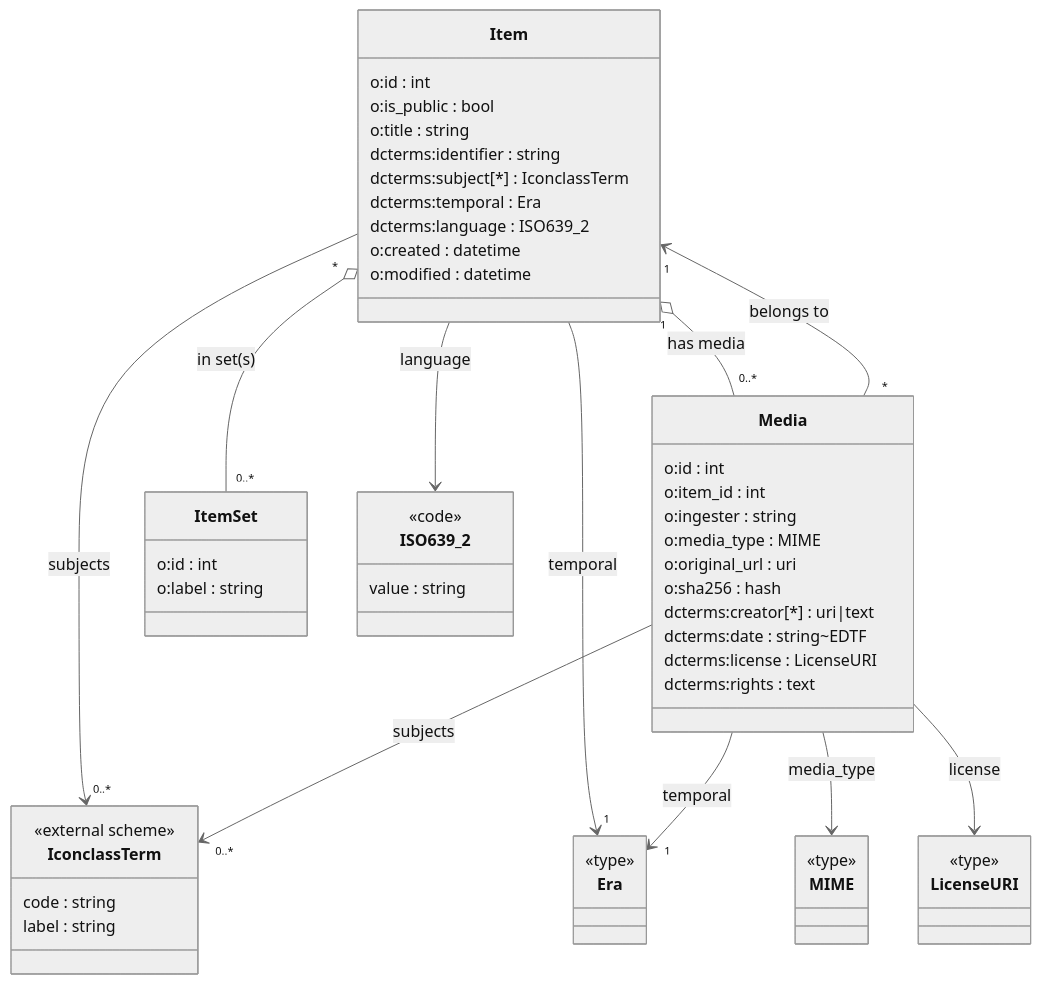
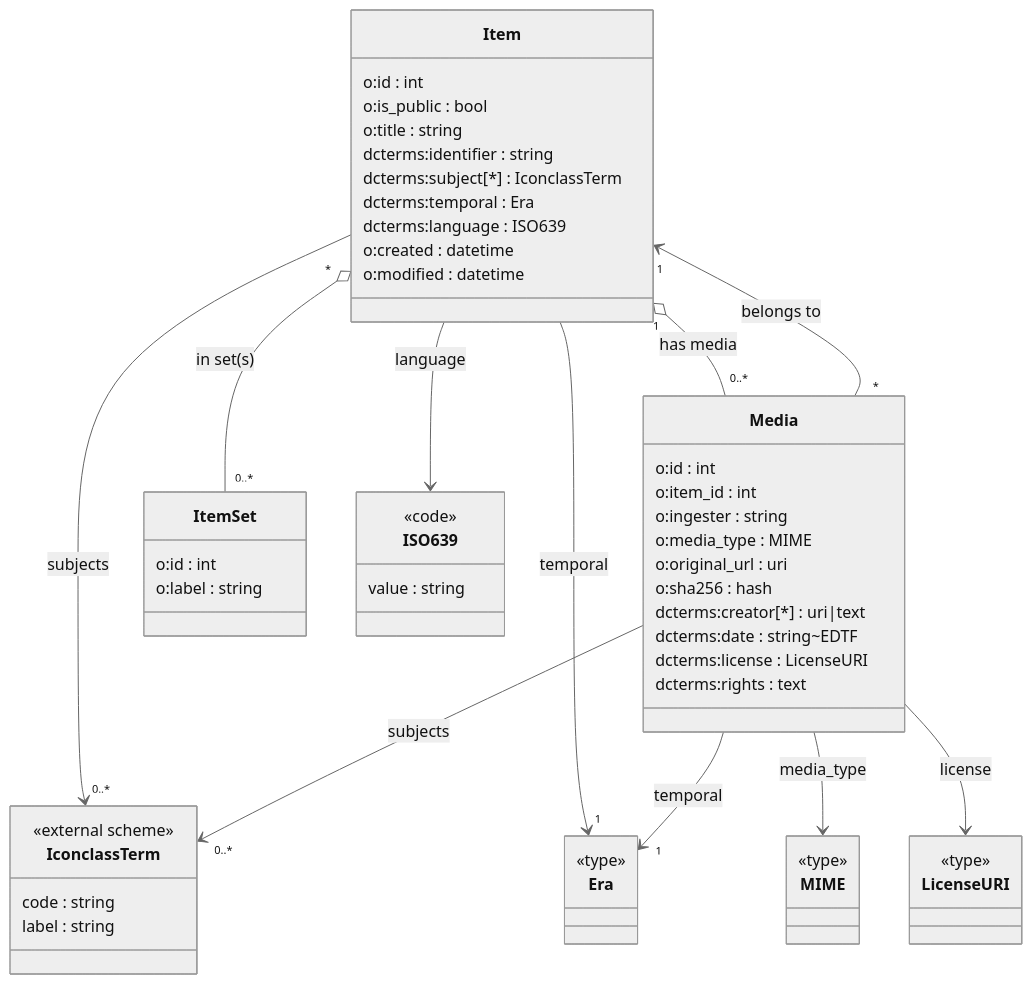
Before and after one commit to maehr/daschcon2025-omeka2dsp: the sixth of 7 diagrams in presentation/slides.qmd, drawn with Mermaid (neutral theme). The commit also changed other lines of this file and 4 other files, not shown here.

````diff
--- a/presentation/slides.qmd
+++ b/presentation/slides.qmd
@@ -222,59 +219,59 @@
 ```{mermaid}
 classDiagram
   %% Core Omeka S entities (reduced)
   class Item {
     o:id : int
     o:is_public : bool
     o:title : string
     dcterms:identifier : string
     dcterms:subject[*] : IconclassTerm
     dcterms:temporal : Era
-    dcterms:language : ISO639_2
+    dcterms:language : ISO639
     o:created : datetime
     o:modified : datetime
   }
 
   class Media {
     o:id : int
     o:item_id : int
     o:ingester : string
     o:media_type : MIME
     o:original_url : uri
     o:sha256 : hash
     dcterms:creator[*] : uri|text
     dcterms:date : string~EDTF
     dcterms:license : LicenseURI
     dcterms:rights : text
   }
 
   class ItemSet {
     o:id : int
     o:label : string
   }
 
   %% Controlled vocabularies as types
   class Era { <<type>> }
   class MIME { <<type>> }
   class LicenseURI { <<type>> }
   class IconclassTerm {
     <<external scheme>>
     code : string
     label : string
   }
-  class ISO639_2 {
+  class ISO639 {
     <<code>>
     value : string
   }
 
   %% Relations and cardinalities
   Item "1" o-- "0..*" Media : has media
   Media "*" --> "1" Item : belongs to
   Item "*" o-- "0..*" ItemSet : in set(s)
   Item --> "0..*" IconclassTerm : subjects
   Media --> "0..*" IconclassTerm : subjects
   Item --> "1" Era : temporal
   Media --> "1" Era : temporal
   Media --> MIME : media_type
   Media --> LicenseURI : license
-  Item --> ISO639_2 : language
+  Item --> ISO639 : language
 ```
````
